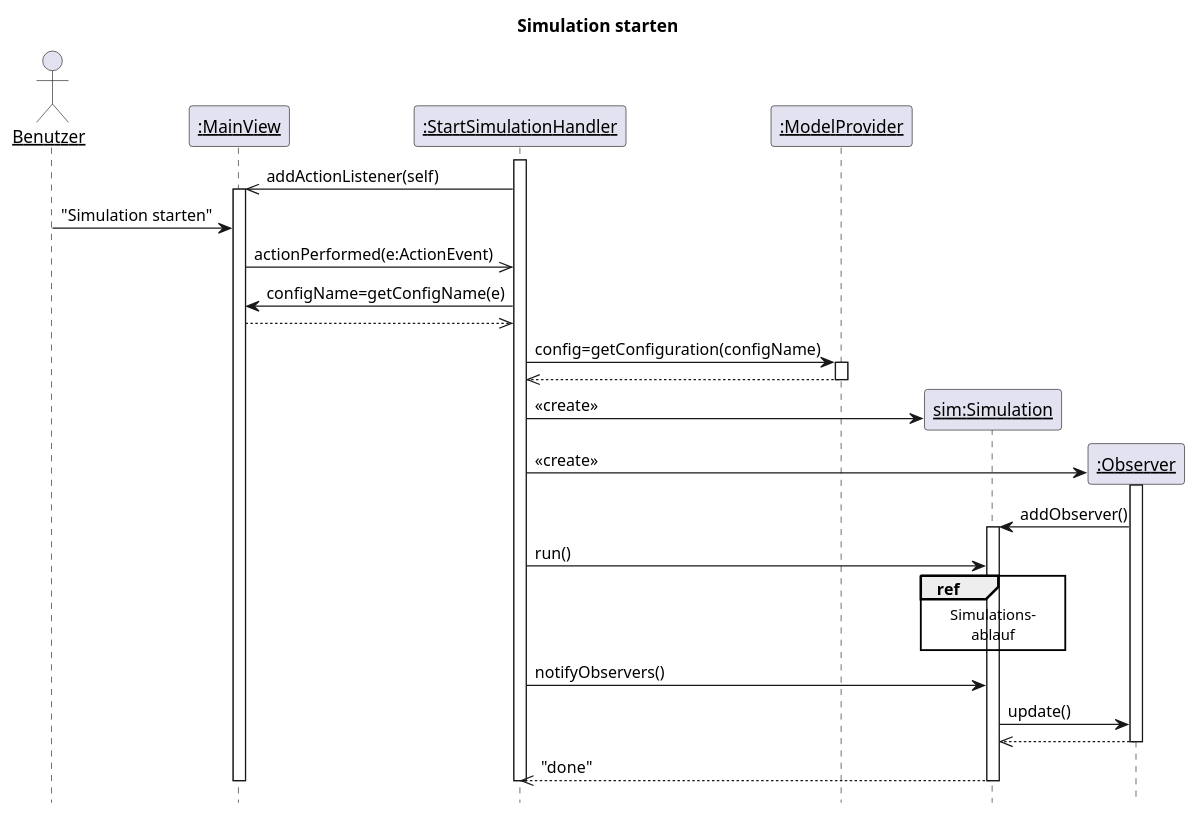
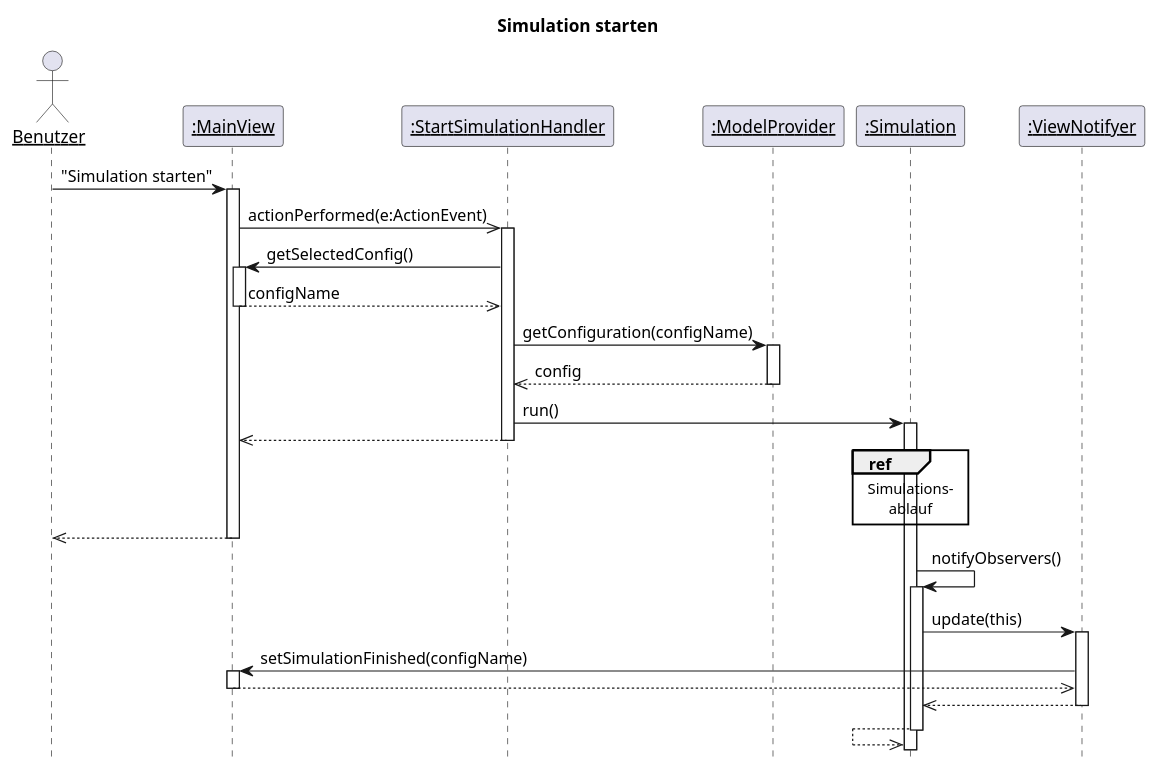
Before and after one commit to max-97/pse: the diagram in Entwurf/Diagramme/Sequenzdiagramme/sequenz_simulationstarten_mitobs.puml, drawn with PlantUML. The commit also changed 3 other files, not shown here.

Commit message:
Sequenzdiagramme korrigiert

```diff
--- a/Entwurf/Diagramme/Sequenzdiagramme/sequenz_simulationstarten_mitobs.puml
+++ b/Entwurf/Diagramme/Sequenzdiagramme/sequenz_simulationstarten_mitobs.puml
@@ -1,50 +1,58 @@
 @startuml
 title Simulation starten
 skinparam sequenceParticipant underline
 hide footbox
 
 actor Benutzer as U
 participant ":MainView" as MV
 participant ":StartSimulationHandler" as AL
 participant ":ModelProvider" as MP
+participant ":Simulation" as S
+participant ":ViewNotifyer" as VN
 
-activate AL
-AL ->> MV: addActionListener(self)
-activate MV
+
 
 U -> MV: "Simulation starten"
+activate MV
 AL <<- MV: actionPerformed(e:ActionEvent)
+activate AL
 
-MV <- AL: configName=getConfigName(e)
-MV -->> AL
+MV <- AL: getSelectedConfig()
+activate MV
+MV -->> AL: configName
+deactivate MV
 
-AL -> MP: config=getConfiguration(configName)
+AL -> MP: getConfiguration(configName)
 activate MP
-AL <<-- MP
+AL <<-- MP: config
 deactivate MP
 
-create "sim:Simulation" as S
-AL -> S : << create >>
-create ":Observer" as O
-AL -> O : << create >>
-
-activate O
-S <- O : addObserver()
+AL -> S :run()
 activate S
-
-AL -> S :run()
+MV <<-- AL
+deactivate AL
 ref over S
   Simulations-
   ablauf
 end ref
-AL -> S : notifyObservers()
-S -> O : update()
-S <<-- O
-deactivate O
-
-AL <<-- S: "done"
-deactivate S
-deactivate AL
+U <<-- MV
 deactivate MV
 
+S -> S: notifyObservers()
+activate S
+
+S -> VN: update(this)
+activate VN
+
+VN -> MV: setSimulationFinished(configName)
+activate MV
+VN <<-- MV
+deactivate MV
+
+S <<-- VN
+deactivate VN
+
+S <<-- S
+deactivate S
+
 @enduml
```
